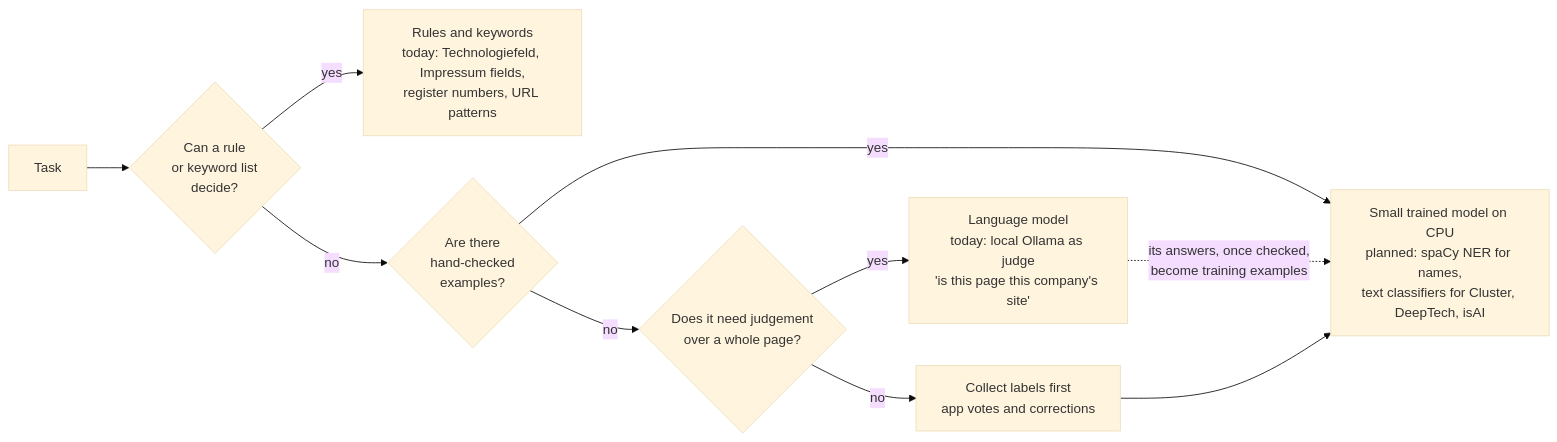
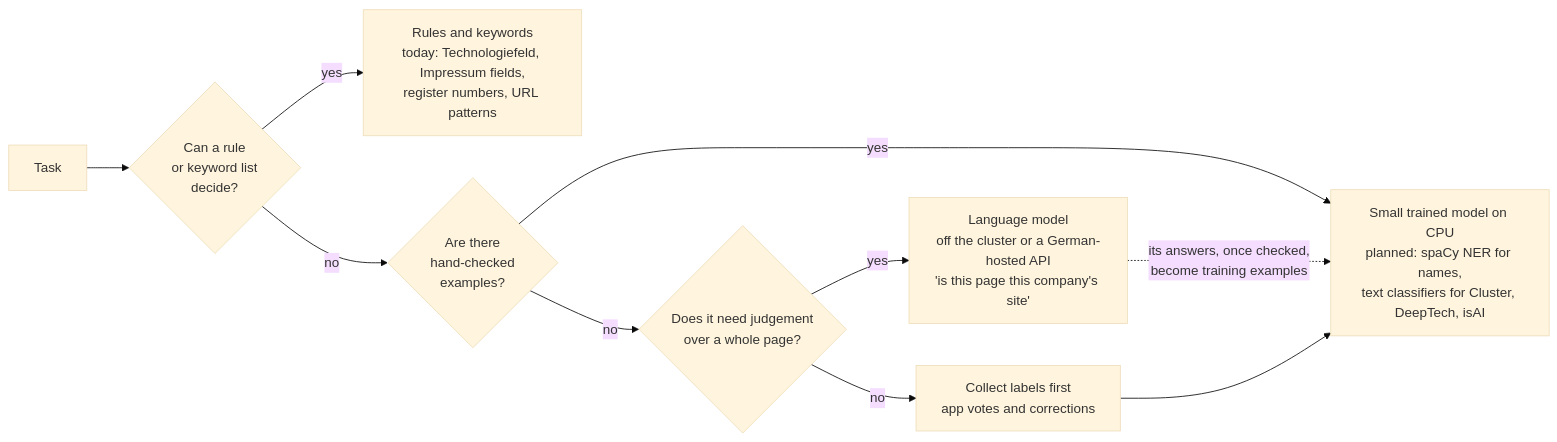
Before and after one commit to technologiestiftung/unternehmensdatenbank: the seventh of 12 diagrams in docs/architecture-overview.md, drawn with Mermaid (base theme). The commit also changed other lines of this file and 4 other files, not shown here.

````diff
--- a/docs/architecture-overview.md
+++ b/docs/architecture-overview.md
@@ -301,12 +312,12 @@
 ```mermaid
 flowchart LR
   T["Task"] --> Q1{"Can a rule<br/>or keyword list<br/>decide?"}
   Q1 -->|yes| RULES["Rules and keywords<br/>today: Technologiefeld, Impressum fields,<br/>register numbers, URL patterns"]
   Q1 -->|no| Q2{"Are there<br/>hand-checked<br/>examples?"}
   Q2 -->|yes| SMALL["Small trained model on CPU<br/>planned: spaCy NER for names,<br/>text classifiers for Cluster, DeepTech, isAI"]
   Q2 -->|no| Q3{"Does it need judgement<br/>over a whole page?"}
-  Q3 -->|yes| LLM["Language model<br/>today: local Ollama as judge<br/>'is this page this company's site'"]
+  Q3 -->|yes| LLM["Language model<br/>off the cluster or a German-hosted API<br/>'is this page this company's site'"]
   Q3 -->|no| LABEL["Collect labels first<br/>app votes and corrections"]
   LLM -.->|"its answers, once checked,<br/>become training examples"| SMALL
   LABEL --> SMALL
 ```
````
